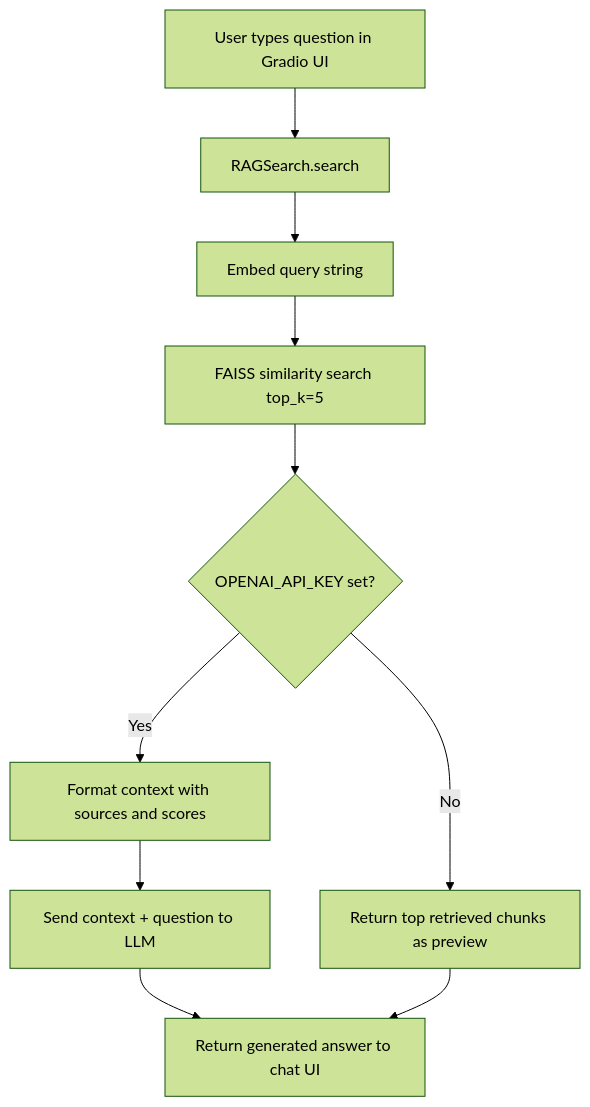
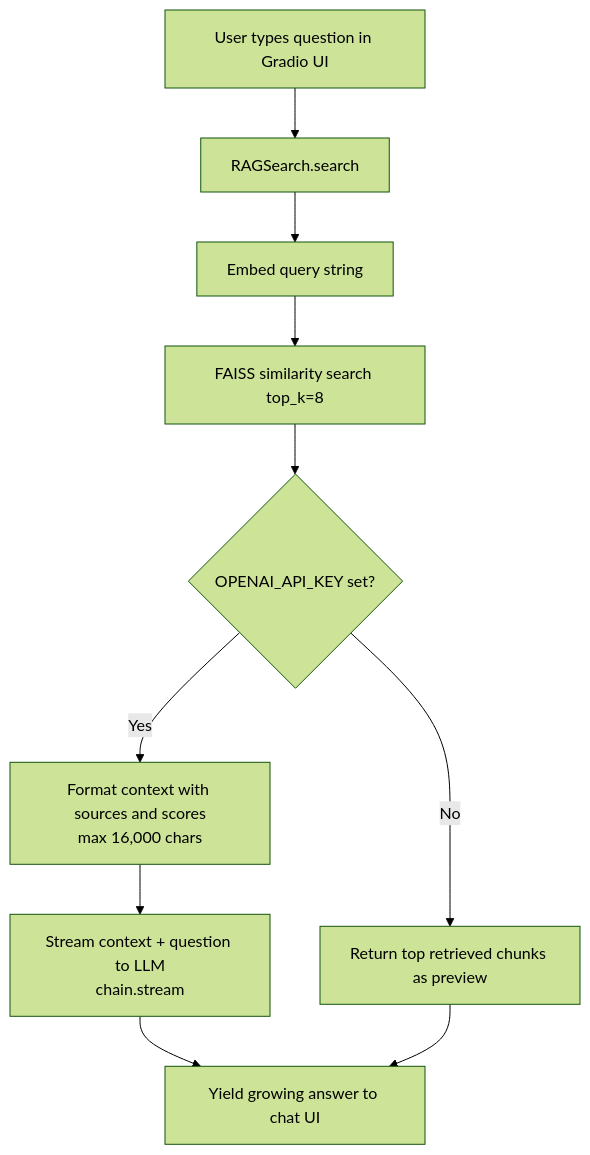
One commit to bharathsp/rag_faiss_allMiniLM changed the third of 4 diagrams in README.md. Above: the diagram before and after it, drawn with Mermaid (forest theme). The commit also changed other lines of this file and 8 other files, not shown here.

````diff
--- a/README.md
+++ b/README.md
@@ -73,12 +75,12 @@
 ```mermaid
 flowchart TD
     A[User types question in Gradio UI] --> B[RAGSearch.search]
     B --> C[Embed query string]
-    C --> D[FAISS similarity search top_k=5]
+    C --> D[FAISS similarity search top_k=8]
     D --> E{OPENAI_API_KEY set?}
     E -->|No| F[Return top retrieved chunks as preview]
-    E -->|Yes| G[Format context with sources and scores]
-    G --> H[Send context + question to LLM]
-    H --> I[Return generated answer to chat UI]
+    E -->|Yes| G[Format context with sources and scores<br/>max 16,000 chars]
+    G --> H[Stream context + question to LLM<br/>chain.stream]
+    H --> I[Yield growing answer to chat UI]
     F --> I
 ```
````
